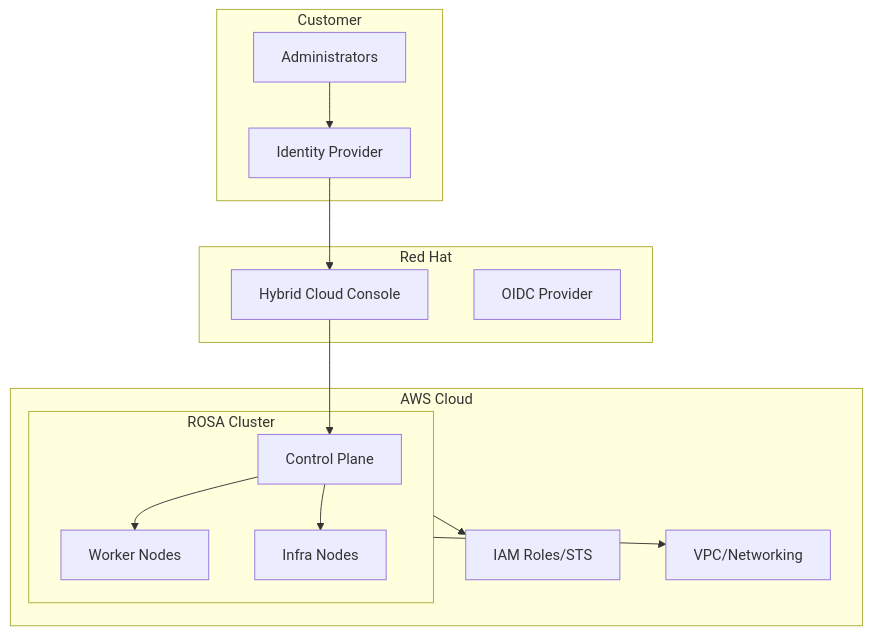
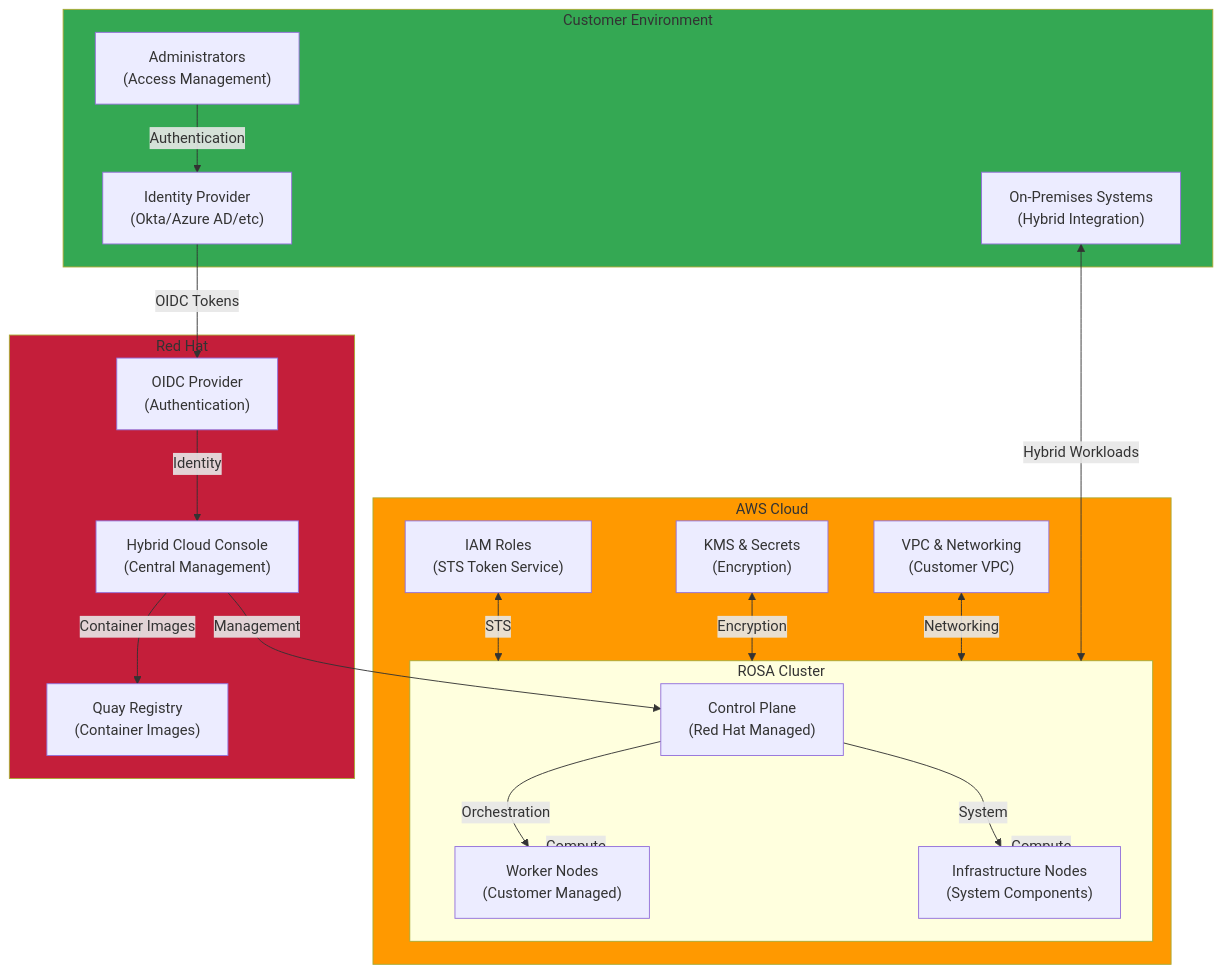
The diagram in docs/rosa/index.md (devfloor9/engineering-playbook), drawn with Mermaid before and after one commit. The commit also changed other lines of this file and 24 other files, not shown here.

````diff
--- a/docs/rosa/index.md
+++ b/docs/rosa/index.md
@@ -41,28 +46,42 @@
 ```mermaid
 graph TB
     subgraph AWS["AWS Cloud"]
         subgraph ROSA["ROSA Cluster"]
-            CP[Control Plane]
-            WN[Worker Nodes]
-            IN[Infra Nodes]
+            CP["Control Plane<br/>(Red Hat Managed)"]
+            WN["Worker Nodes<br/>(Customer Managed)"]
+            IN["Infrastructure Nodes<br/>(System Components)"]
         end
-        IAM[IAM Roles/STS]
-        VPC[VPC/Networking]
+        IAM["IAM Roles<br/>(STS Token Service)"]
+        VPC["VPC & Networking<br/>(Customer VPC)"]
+        KMS["KMS & Secrets<br/>(Encryption)"]
     end
+    
     subgraph RedHat["Red Hat"]
-        HCC[Hybrid Cloud Console]
-        OIDC[OIDC Provider]
+        HCC["Hybrid Cloud Console<br/>(Central Management)"]
+        Registry["Quay Registry<br/>(Container Images)"]
+        OIDC["OIDC Provider<br/>(Authentication)"]
     end
-    subgraph Customer["Customer"]
-        IdP[Identity Provider]
-        Admin[Administrators]
+    
+    subgraph Customer["Customer Environment"]
+        IdP["Identity Provider<br/>(Okta/Azure AD/etc)"]
+        Admin["Administrators<br/>(Access Management)"]
+        OnPrem["On-Premises Systems<br/>(Hybrid Integration)"]
     end
-
-    Admin --> IdP
-    IdP --> HCC
-    HCC --> CP
-    CP --> WN
-    CP --> IN
-    ROSA --> IAM
-    ROSA --> VPC
+    
+    Admin -->|Authentication| IdP
+    IdP -->|OIDC Tokens| OIDC
+    OIDC -->|Identity| HCC
+    HCC -->|Management| CP
+    CP -->|Orchestration| WN
+    CP -->|System| IN
+    WN & IN -->|Compute| AWS
+    IAM <-->|STS| ROSA
+    KMS <-->|Encryption| ROSA
+    VPC <-->|Networking| ROSA
+    HCC -->|Container Images| Registry
+    OnPrem <-->|Hybrid Workloads| ROSA
+    
+    style AWS fill:#ff9900
+    style RedHat fill:#c41e3a
+    style Customer fill:#34a853
 ```
````
